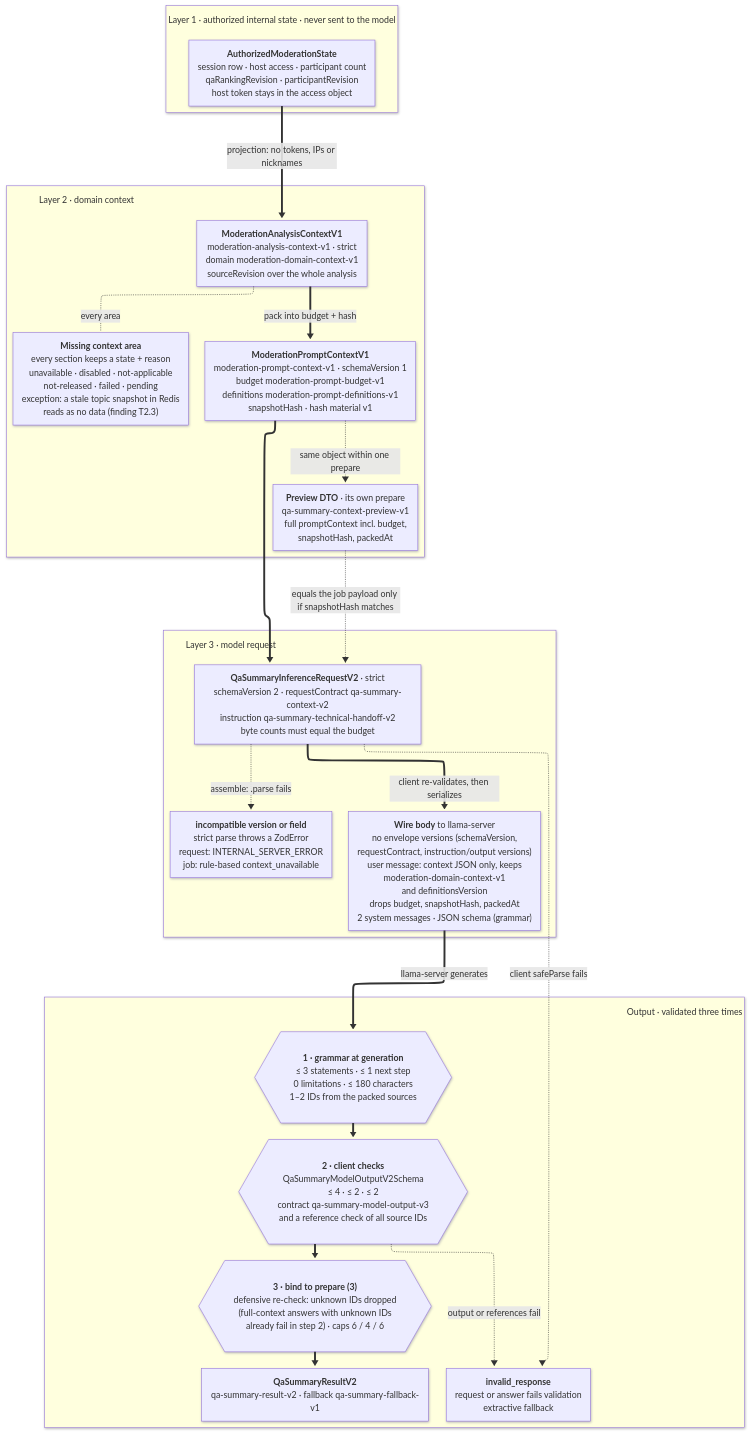
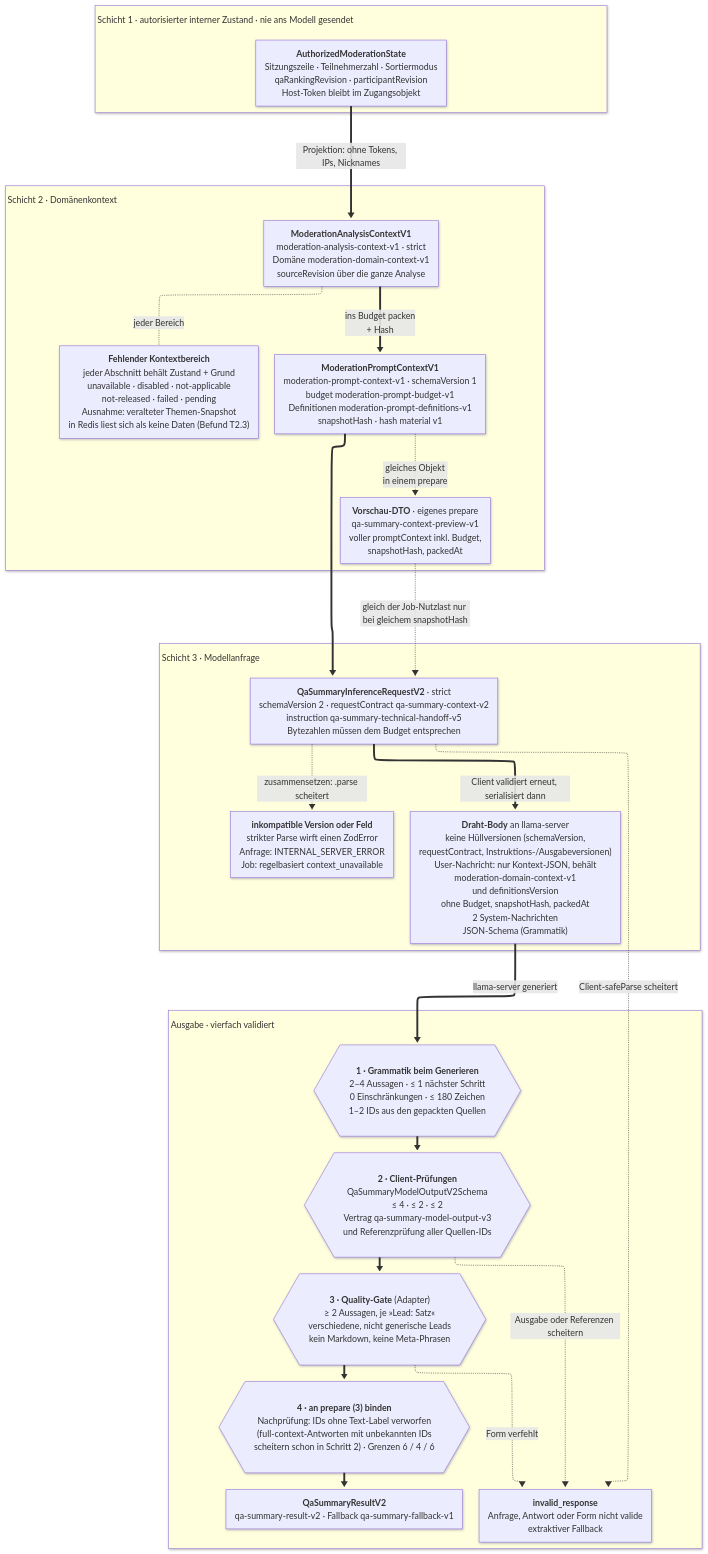
The diagram in docs/referat-thema-1/diagrams/1c-contract-layers.mmd (NiklasSkulll/arsnova.eu), drawn with Mermaid before and after one commit. The commit also changed 39 other files, not shown here.

First line of the commit message:
docs(referat): translate the 1C diagrams and align them to def56700

```diff
--- a/docs/referat-thema-1/diagrams/1c-contract-layers.mmd
+++ b/docs/referat-thema-1/diagrams/1c-contract-layers.mmd
@@ -1,114 +1,121 @@
 ---
 config:
   look: neo
   layout: elk
   flowchart:
     curve: basis
     nodeSpacing: 36
     rankSpacing: 44
-    wrappingWidth: 380
+    wrappingWidth: 440
     subGraphTitleMargin:
       top: 14
       bottom: 10
 ---
 flowchart TB
-  subgraph L1["Layer 1 · authorized internal state · never sent to the model"]
+  subgraph L1["Schicht 1 · autorisierter interner Zustand · nie ans Modell gesendet⠀⠀⠀⠀⠀⠀⠀⠀⠀⠀⠀⠀⠀⠀⠀⠀⠀⠀⠀⠀⠀⠀⠀⠀⠀⠀⠀⠀⠀⠀⠀⠀⠀⠀⠀⠀⠀⠀⠀"]
     st["`**AuthorizedModerationState**
-    session row · host access · participant count
+    Sitzungszeile · Teilnehmerzahl · Sortiermodus
     qaRankingRevision · participantRevision
-    host token stays in the access object`"]
+    Host-Token bleibt im Zugangsobjekt`"]
   end
 
-  subgraph L2["Layer 2 · domain context⠀⠀⠀⠀⠀⠀⠀⠀⠀⠀⠀⠀⠀⠀⠀⠀⠀⠀⠀⠀⠀⠀⠀⠀⠀⠀⠀⠀⠀⠀⠀⠀⠀⠀⠀⠀⠀⠀⠀⠀"]
+  subgraph L2["Schicht 2 · Domänenkontext⠀⠀⠀⠀⠀⠀⠀⠀⠀⠀⠀⠀⠀⠀⠀⠀⠀⠀⠀⠀⠀⠀⠀⠀⠀⠀⠀⠀⠀⠀⠀⠀⠀⠀⠀⠀⠀⠀⠀⠀⠀⠀⠀⠀⠀⠀⠀⠀⠀⠀⠀⠀⠀⠀⠀⠀⠀⠀⠀⠀⠀⠀⠀⠀⠀⠀"]
     ana["`**ModerationAnalysisContextV1**
     moderation-analysis-context-v1 · strict
-    domain moderation-domain-context-v1
-    sourceRevision over the whole analysis`"]
+    Domäne moderation-domain-context-v1
+    sourceRevision über die ganze Analyse`"]
     pc["`**ModerationPromptContextV1**
     moderation-prompt-context-v1 · schemaVersion 1
     budget moderation-prompt-budget-v1
-    definitions moderation-prompt-definitions-v1
+    Definitionen moderation-prompt-definitions-v1
     snapshotHash · hash material v1`"]
-    miss["`**Missing context area**
-    every section keeps a state + reason
+    miss["`**Fehlender Kontextbereich**
+    jeder Abschnitt behält Zustand + Grund
     unavailable · disabled · not-applicable
     not-released · failed · pending
-    exception: a stale topic snapshot in Redis
-    reads as no data (finding T2.3)`"]
-    pvw["`**Preview DTO** · its own prepare
+    Ausnahme: veralteter Themen-Snapshot
+    in Redis liest sich als keine Daten (Befund T2.3)`"]
+    pvw["`**Vorschau-DTO** · eigenes prepare
     qa-summary-context-preview-v1
-    full promptContext incl. budget,
+    voller promptContext inkl. Budget,
     snapshotHash, packedAt`"]
   end
 
-  subgraph L3["Layer 3 · model request⠀⠀⠀⠀⠀⠀⠀⠀⠀⠀⠀⠀⠀⠀⠀⠀⠀⠀⠀⠀⠀⠀⠀⠀⠀⠀⠀⠀⠀⠀⠀⠀⠀⠀⠀⠀⠀⠀⠀⠀"]
+  subgraph L3["Schicht 3 · Modellanfrage⠀⠀⠀⠀⠀⠀⠀⠀⠀⠀⠀⠀⠀⠀⠀⠀⠀⠀⠀⠀⠀⠀⠀⠀⠀⠀⠀⠀⠀⠀⠀⠀⠀⠀⠀⠀⠀⠀⠀⠀⠀⠀⠀⠀⠀⠀⠀⠀⠀⠀⠀⠀⠀⠀⠀⠀⠀⠀⠀⠀⠀⠀⠀⠀⠀⠀⠀⠀"]
     req["`**QaSummaryInferenceRequestV2** · strict
     schemaVersion 2 · requestContract qa-summary-context-v2
-    instruction qa-summary-technical-handoff-v2
-    byte counts must equal the budget`"]
-    wire["`**Wire body** to llama-server
-    no envelope versions (schemaVersion,
-    requestContract, instruction/output versions)
-    user message: context JSON only, keeps
+    instruction qa-summary-technical-handoff-v5
+    Bytezahlen müssen dem Budget entsprechen`"]
+    wire["`**Draht-Body** an llama-server
+    keine Hüllversionen (schemaVersion,
+    requestContract, Instruktions-/Ausgabeversionen)
+    User-Nachricht: nur Kontext-JSON, behält
     moderation-domain-context-v1
-    and definitionsVersion
-    drops budget, snapshotHash, packedAt
-    2 system messages · JSON schema (grammar)`"]
-    n1["`**incompatible version or field**
-    strict parse throws a ZodError
-    request: INTERNAL_SERVER_ERROR
-    job: rule-based context_unavailable`"]
+    und definitionsVersion
+    ohne Budget, snapshotHash, packedAt
+    2 System-Nachrichten
+    JSON-Schema (Grammatik)`"]
+    n1["`**inkompatible Version oder Feld**
+    strikter Parse wirft einen ZodError
+    Anfrage: INTERNAL_SERVER_ERROR
+    Job: regelbasiert context_unavailable`"]
   end
 
-  subgraph L4["⠀⠀⠀⠀⠀⠀⠀⠀⠀⠀⠀⠀⠀⠀⠀⠀⠀⠀⠀⠀⠀⠀⠀⠀⠀⠀⠀⠀⠀⠀⠀⠀⠀⠀⠀⠀⠀⠀⠀⠀⠀⠀⠀⠀⠀⠀⠀⠀⠀⠀⠀⠀⠀⠀⠀⠀⠀⠀⠀⠀⠀⠀⠀⠀⠀⠀⠀⠀⠀⠀⠀⠀⠀⠀⠀⠀⠀⠀⠀⠀⠀⠀⠀⠀⠀⠀⠀⠀⠀⠀Output · validated three times"]
-    gram{{"`**1 · grammar at generation**
-    ≤ 3 statements · ≤ 1 next step
-    0 limitations · ≤ 180 characters
-    1–2 IDs from the packed sources`"}}
-    zod{{"`**2 · client checks**
+  subgraph L4["Ausgabe · vierfach validiert⠀⠀⠀⠀⠀⠀⠀⠀⠀⠀⠀⠀⠀⠀⠀⠀⠀⠀⠀⠀⠀⠀⠀⠀⠀⠀⠀⠀⠀⠀⠀⠀⠀⠀⠀⠀⠀⠀⠀⠀⠀⠀⠀⠀⠀⠀⠀⠀⠀⠀⠀⠀⠀⠀⠀⠀⠀⠀⠀⠀⠀⠀⠀⠀⠀⠀"]
+    gram{{"`**1 · Grammatik beim Generieren**
+    2–4 Aussagen · ≤ 1 nächster Schritt
+    0 Einschränkungen · ≤ 180 Zeichen
+    1–2 IDs aus den gepackten Quellen`"}}
+    zod{{"`**2 · Client-Prüfungen**
     QaSummaryModelOutputV2Schema
     ≤ 4 · ≤ 2 · ≤ 2
-    contract qa-summary-model-output-v3
-    and a reference check of all source IDs`"}}
-    bind{{"`**3 · bind to prepare (3)**
-    defensive re-check: unknown IDs dropped
-    (full-context answers with unknown IDs
-    already fail in step 2) · caps 6 / 4 / 6`"}}
+    Vertrag qa-summary-model-output-v3
+    und Referenzprüfung aller Quellen-IDs`"}}
+    qg{{"`**3 · Quality-Gate** (Adapter)
+    ≥ 2 Aussagen, je »Lead: Satz«
+    verschiedene, nicht generische Leads
+    kein Markdown, keine Meta-Phrasen`"}}
+    bind{{"`**4 · an prepare (3) binden**
+    Nachprüfung: IDs ohne Text-Label verworfen
+    (full-context-Antworten mit unbekannten IDs
+    scheitern schon in Schritt 2) · Grenzen 6 / 4 / 6`"}}
     res["`**QaSummaryResultV2**
-    qa-summary-result-v2 · fallback qa-summary-fallback-v1`"]
+    qa-summary-result-v2 · Fallback qa-summary-fallback-v1`"]
     n2["`**invalid_response**
-    request or answer fails validation
-    extractive fallback`"]
+    Anfrage, Antwort oder Form nicht valide
+    extraktiver Fallback`"]
   end
 
 
-  st e1@==>|"projection: no tokens, IPs or nicknames"| ana
-  ana e2@==>|"pack into budget + hash"| pc
-  pc e3@-.->|"same object within one prepare"| pvw
-  pvw e13@-.->|"equals the job payload only if snapshotHash matches"| req
-  ana e14@-.-|"every area"| miss
+  st e1@==>|"Projektion: ohne Tokens, IPs, Nicknames"| ana
+  ana e2@==>|"ins Budget packen<br/>+ Hash"| pc
+  pc e3@-.->|"gleiches Objekt<br/>in einem prepare"| pvw
+  pvw e13@-.->|"gleich der Job-Nutzlast nur bei gleichem snapshotHash"| req
+  ana e14@-.-|"jeder Bereich"| miss
   pc e4@==> req
-  req e5@==>|"client re-validates, then serializes"| wire
-  wire e6@==>|"llama-server generates"| gram
+  req e5@==>|"Client validiert erneut, serialisiert dann"| wire
+  wire e6@==>|"llama-server generiert"| gram
   gram e7@==> zod
-  zod e8@==> bind
+  zod e8@==> qg
+  qg e15@==> bind
   bind e9@==> res
-  req e10@-.->|"assemble: .parse fails"| n1
-  req e11@-.->|"client safeParse fails"| n2
-  zod e12@-.->|"output or references fail"| n2
+  req e10@-.->|"zusammensetzen: .parse scheitert"| n1
+  req e11@-.->|"Client-safeParse scheitert"| n2
+  zod e12@-.->|"Ausgabe oder Referenzen scheitern"| n2
+  qg e16@-.->|"Form verfehlt"| n2
 
   class st app
   class ana,pc app
   class pvw,miss app
   class req,wire contract
-  class gram,zod,bind decision
+  class gram,zod,qg,bind decision
   class res result
   class n1,n2 fallback
-  class L1 queueGroup
+  class L1 appGroup
   class L2 appGroup
   class L3 contractGroup
-  class L4 appGroup
-  class e1,e2,e4,e5,e6,e7,e8,e9 emph
-  class e10,e11,e12 fail
+  class L4 legendGroup
+  class e1,e2,e4,e5,e6,e7,e8,e15,e9 emph
+  class e10,e11,e12,e16 fail
   class e3,e13,e14 muted
 %% palette
```
